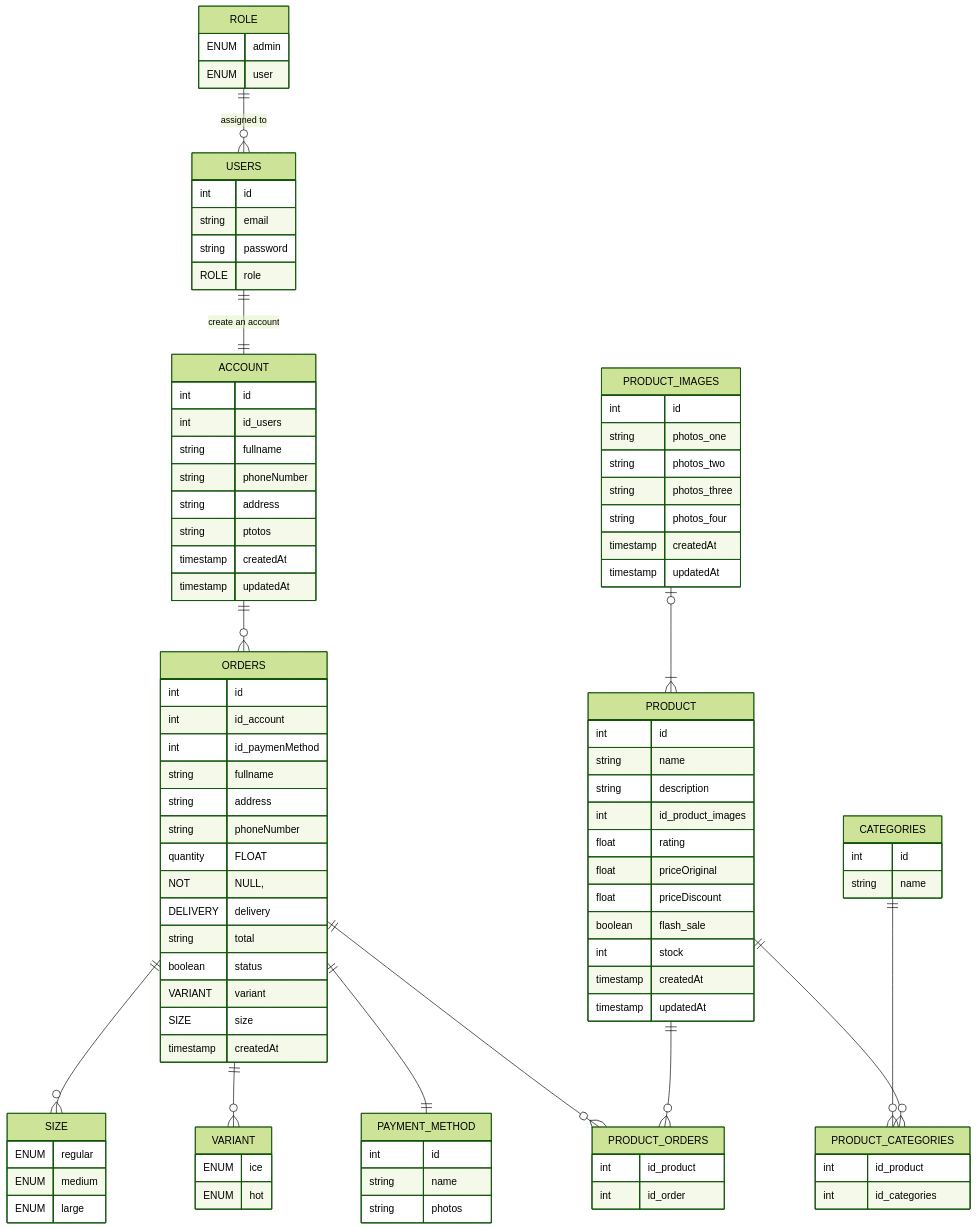
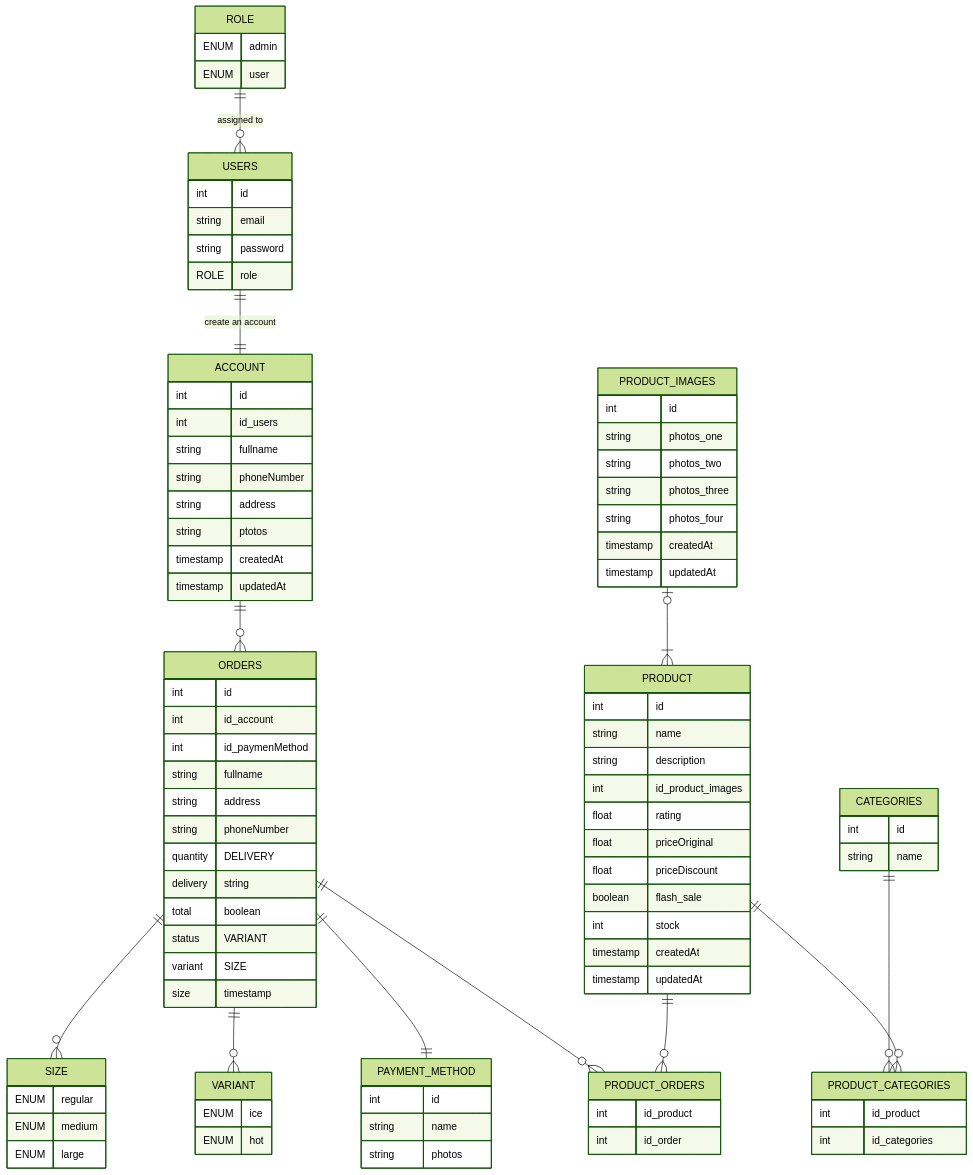
Before and after one commit to federus1105/koda-b4-db-weekly: the diagram in README.md, drawn with Mermaid (forest theme).

Commit message:
Fix ( erd ) : code

```diff
--- a/README.md
+++ b/README.md
@@ -41,13 +41,13 @@
     string fullname
     string address
     string phoneNumber
-    quantity FLOAT NOT NULL,
+    quantity
     DELIVERY delivery
     string total
     boolean status 
     VARIANT variant
     SIZE size
-    timestamp createdAt
+    timestamp
 }
 
 PAYMENT_METHOD {
```
